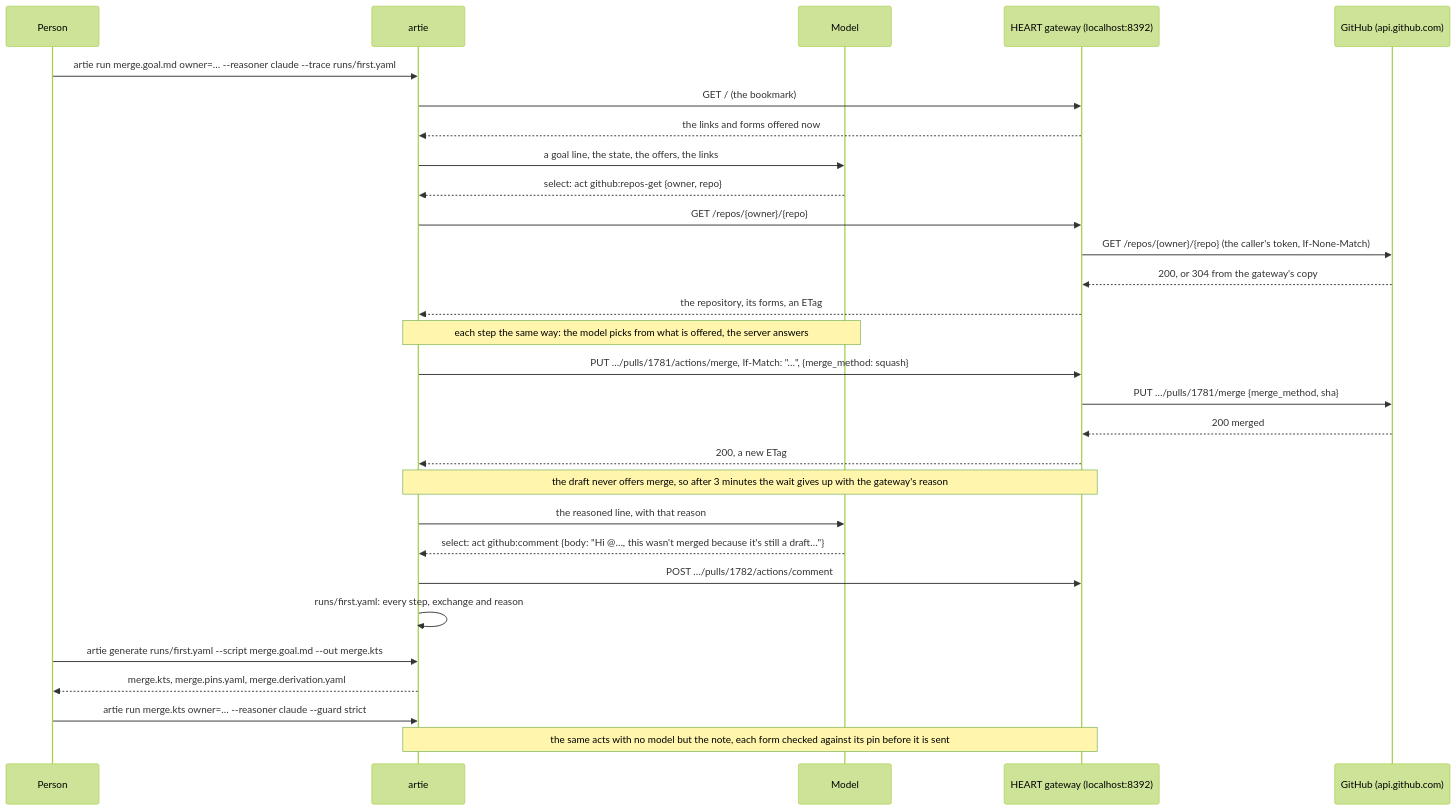
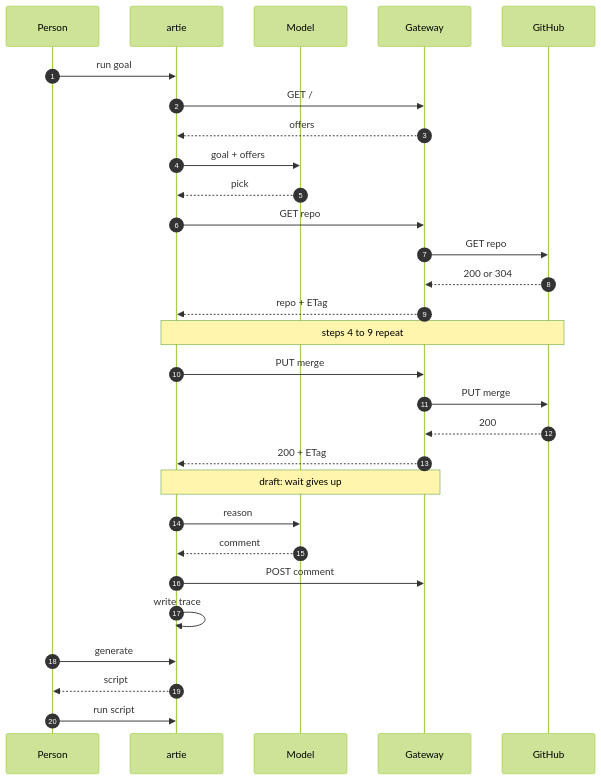
One commit to JogoShugh/heart-rise-artie changed the second of 2 diagrams in client/README.md. Above: the diagram before and after it, drawn with Mermaid (forest theme). The commit also changed other lines of this file, not shown here.

First line of the commit message:
README: both diagrams carry short labels only, with the long sentences numbered below them

````diff
--- a/client/README.md
+++ b/client/README.md
@@ -141,31 +151,31 @@
 ```mermaid
 sequenceDiagram
+  autonumber
   participant P as Person
   participant A as artie
   participant M as Model
-  participant G as HEART gateway (localhost:8392)
-  participant H as GitHub (api.github.com)
-  P->>A: artie run merge.goal.md owner=… --reasoner claude --trace runs/first.yaml
-  A->>G: GET / (the bookmark)
-  G-->>A: the links and forms offered now
-  A->>M: a goal line, the state, the offers, the links
-  M-->>A: select: act github:repos-get {owner, repo}
-  A->>G: GET /repos/{owner}/{repo}
-  G->>H: GET /repos/{owner}/{repo} (the caller's token, If-None-Match)
-  H-->>G: 200, or 304 from the gateway's copy
-  G-->>A: the repository, its forms, an ETag
-  Note over A,M: each step the same way: the model picks from what is offered, the server answers
-  A->>G: PUT …/pulls/1781/actions/merge, If-Match: "…", {merge_method: squash}
-  G->>H: PUT …/pulls/1781/merge {merge_method, sha}
-  H-->>G: 200 merged
-  G-->>A: 200, a new ETag
-  Note over A,G: the draft never offers merge, so after 3 minutes the wait gives up with the gateway's reason
-  A->>M: the reasoned line, with that reason
-  M-->>A: select: act github:comment {body: "Hi @…, this wasn't merged because it's still a draft…"}
-  A->>G: POST …/pulls/1782/actions/comment
-  A->>A: runs/first.yaml: every step, exchange and reason
-  P->>A: artie generate runs/first.yaml --script merge.goal.md --out merge.kts
-  A-->>P: merge.kts, merge.pins.yaml, merge.derivation.yaml
-  P->>A: artie run merge.kts owner=… --reasoner claude --guard strict
-  Note over A,G: the same acts with no model but the note, each form checked against its pin before it is sent
+  participant G as Gateway
+  participant H as GitHub
+  P->>A: run goal
+  A->>G: GET /
+  G-->>A: offers
+  A->>M: goal + offers
+  M-->>A: pick
+  A->>G: GET repo
+  G->>H: GET repo
+  H-->>G: 200 or 304
+  G-->>A: repo + ETag
+  Note over A,H: steps 4 to 9 repeat
+  A->>G: PUT merge
+  G->>H: PUT merge
+  H-->>G: 200
+  G-->>A: 200 + ETag
+  Note over A,G: draft: wait gives up
+  A->>M: reason
+  M-->>A: comment
+  A->>G: POST comment
+  A->>A: write trace
+  P->>A: generate
+  A-->>P: script
+  P->>A: run script
 ```
````
